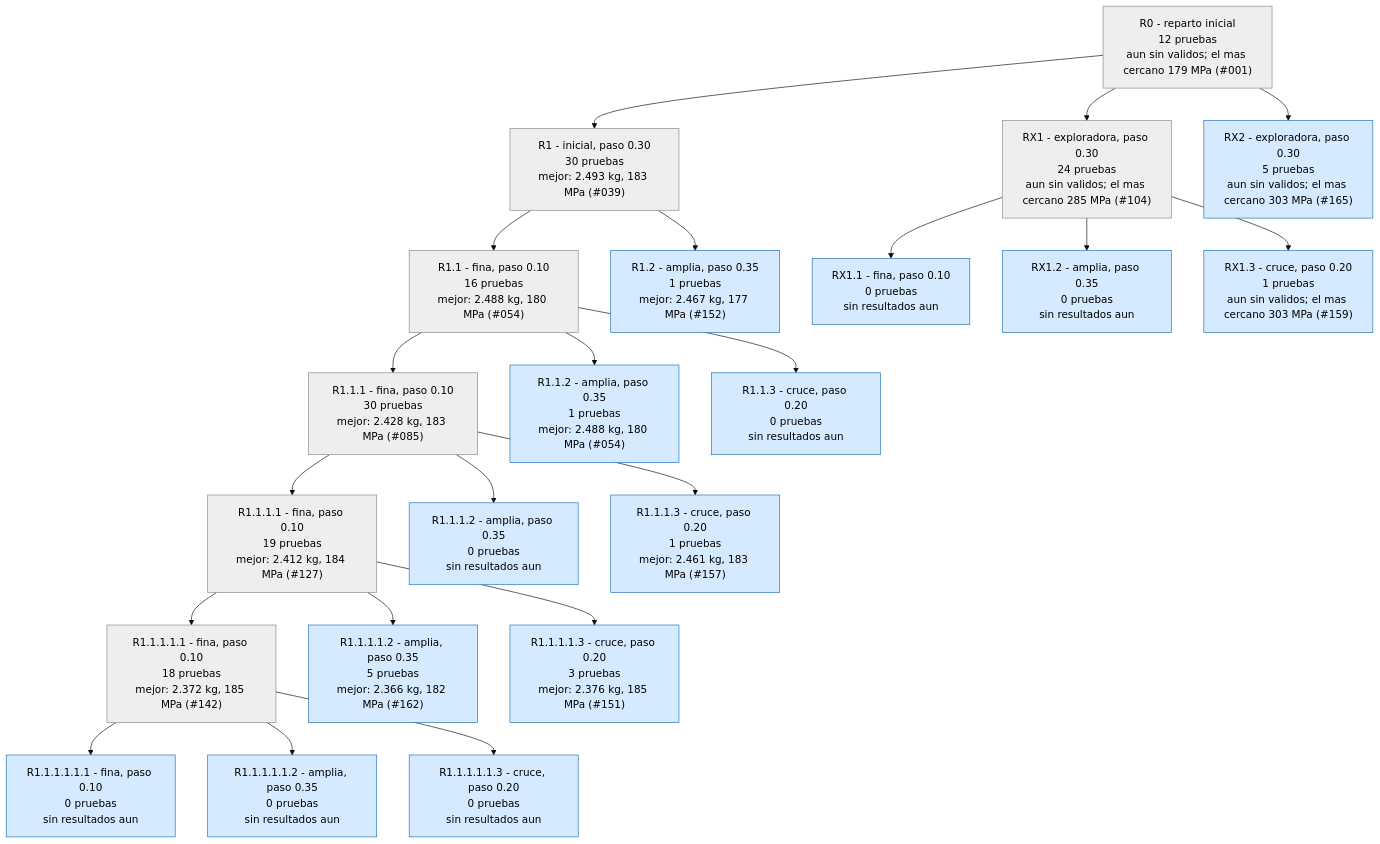
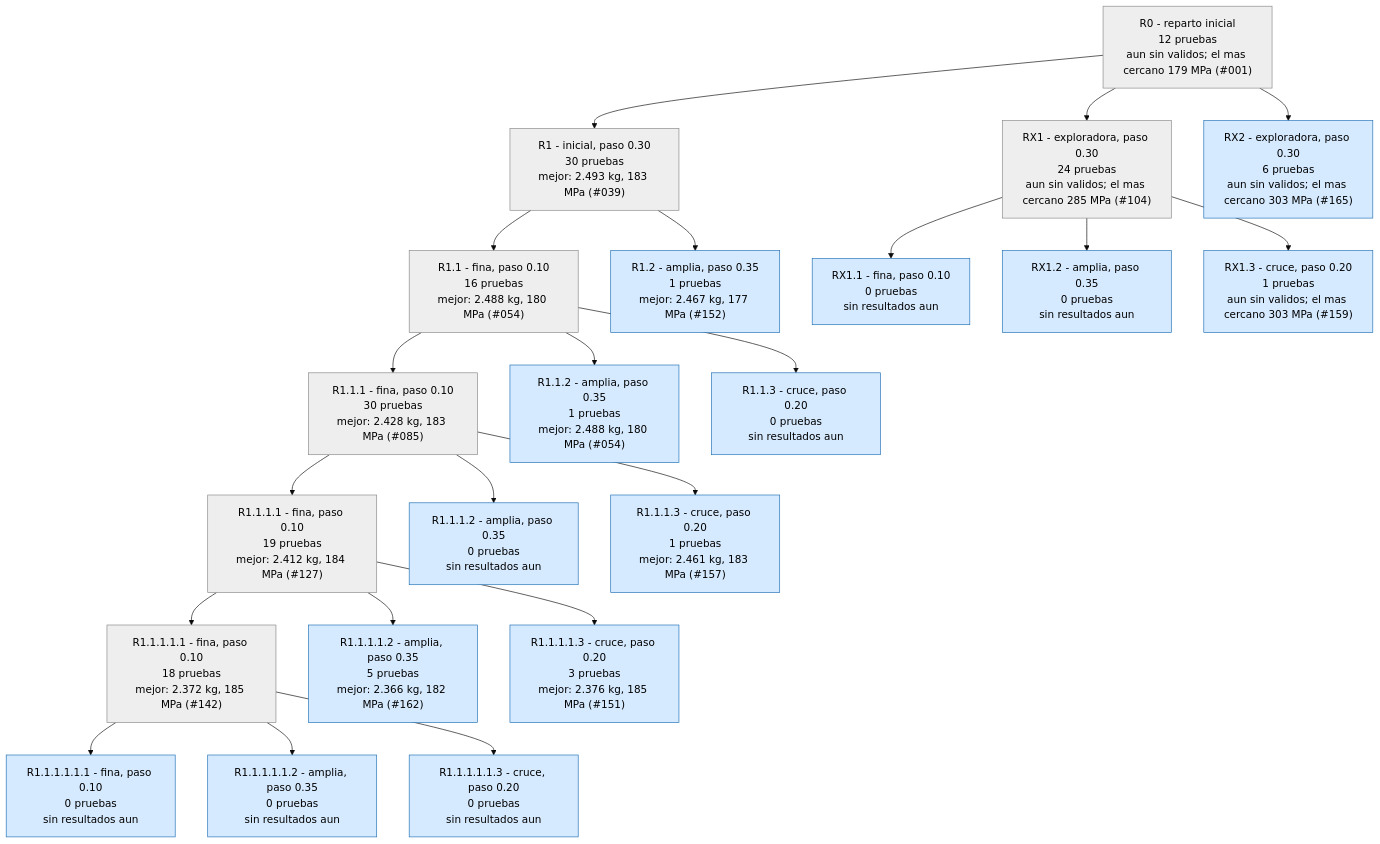
The second of 4 diagrams in runs/opt_37800N/ARBOL.md (Hugiko/msd-soporte-optimizacion), drawn with Mermaid (base theme) before and after one commit. The commit also changed 19 other files, not shown here.

````diff
--- a/runs/opt_37800N/ARBOL.md
+++ b/runs/opt_37800N/ARBOL.md
@@ -25,47 +25,47 @@
 ```mermaid
 graph TD
 classDef activa fill:#d6eaff,stroke:#1f6fb5,color:#000
 classDef fin fill:#eeeeee,stroke:#888,color:#000
 classDef mejor fill:#c8f0c0,stroke:#1a9850,stroke-width:4px,color:#000
 R0["R0 - reparto inicial<br/>12 pruebas<br/>aun sin validos; el mas cercano 179 MPa (#001)"]:::fin
 R1["R1 - inicial, paso 0.30<br/>30 pruebas<br/>mejor: 2.493 kg, 183 MPa (#039)"]:::fin
 R0 --> R1
 R1_1["R1.1 - fina, paso 0.10<br/>16 pruebas<br/>mejor: 2.488 kg, 180 MPa (#054)"]:::fin
 R1 --> R1_1
 R1_2["R1.2 - amplia, paso 0.35<br/>1 pruebas<br/>mejor: 2.467 kg, 177 MPa (#152)"]:::activa
 R1 --> R1_2
 R1_1_1["R1.1.1 - fina, paso 0.10<br/>30 pruebas<br/>mejor: 2.428 kg, 183 MPa (#085)"]:::fin
 R1_1 --> R1_1_1
 R1_1_2["R1.1.2 - amplia, paso 0.35<br/>1 pruebas<br/>mejor: 2.488 kg, 180 MPa (#054)"]:::activa
 R1_1 --> R1_1_2
 R1_1_3["R1.1.3 - cruce, paso 0.20<br/>0 pruebas<br/>sin resultados aun"]:::activa
 R1_1 --> R1_1_3
 R1_1_1_1["R1.1.1.1 - fina, paso 0.10<br/>19 pruebas<br/>mejor: 2.412 kg, 184 MPa (#127)"]:::fin
 R1_1_1 --> R1_1_1_1
 R1_1_1_2["R1.1.1.2 - amplia, paso 0.35<br/>0 pruebas<br/>sin resultados aun"]:::activa
 R1_1_1 --> R1_1_1_2
 R1_1_1_3["R1.1.1.3 - cruce, paso 0.20<br/>1 pruebas<br/>mejor: 2.461 kg, 183 MPa (#157)"]:::activa
 R1_1_1 --> R1_1_1_3
 RX1["RX1 - exploradora, paso 0.30<br/>24 pruebas<br/>aun sin validos; el mas cercano 285 MPa (#104)"]:::fin
 R0 --> RX1
 RX1_1["RX1.1 - fina, paso 0.10<br/>0 pruebas<br/>sin resultados aun"]:::activa
 RX1 --> RX1_1
 RX1_2["RX1.2 - amplia, paso 0.35<br/>0 pruebas<br/>sin resultados aun"]:::activa
 RX1 --> RX1_2
 RX1_3["RX1.3 - cruce, paso 0.20<br/>1 pruebas<br/>aun sin validos; el mas cercano 303 MPa (#159)"]:::activa
 RX1 --> RX1_3
 R1_1_1_1_1["R1.1.1.1.1 - fina, paso 0.10<br/>18 pruebas<br/>mejor: 2.372 kg, 185 MPa (#142)"]:::fin
 R1_1_1_1 --> R1_1_1_1_1
 R1_1_1_1_2["R1.1.1.1.2 - amplia, paso 0.35<br/>5 pruebas<br/>mejor: 2.366 kg, 182 MPa (#162)"]:::activa
 R1_1_1_1 --> R1_1_1_1_2
 R1_1_1_1_3["R1.1.1.1.3 - cruce, paso 0.20<br/>3 pruebas<br/>mejor: 2.376 kg, 185 MPa (#151)"]:::activa
 R1_1_1_1 --> R1_1_1_1_3
 R1_1_1_1_1_1["R1.1.1.1.1.1 - fina, paso 0.10<br/>0 pruebas<br/>sin resultados aun"]:::activa
 R1_1_1_1_1 --> R1_1_1_1_1_1
 R1_1_1_1_1_2["R1.1.1.1.1.2 - amplia, paso 0.35<br/>0 pruebas<br/>sin resultados aun"]:::activa
 R1_1_1_1_1 --> R1_1_1_1_1_2
 R1_1_1_1_1_3["R1.1.1.1.1.3 - cruce, paso 0.20<br/>0 pruebas<br/>sin resultados aun"]:::activa
 R1_1_1_1_1 --> R1_1_1_1_1_3
-RX2["RX2 - exploradora, paso 0.30<br/>5 pruebas<br/>aun sin validos; el mas cercano 303 MPa (#165)"]:::activa
+RX2["RX2 - exploradora, paso 0.30<br/>6 pruebas<br/>aun sin validos; el mas cercano 303 MPa (#165)"]:::activa
 R0 --> RX2
 ```
````
